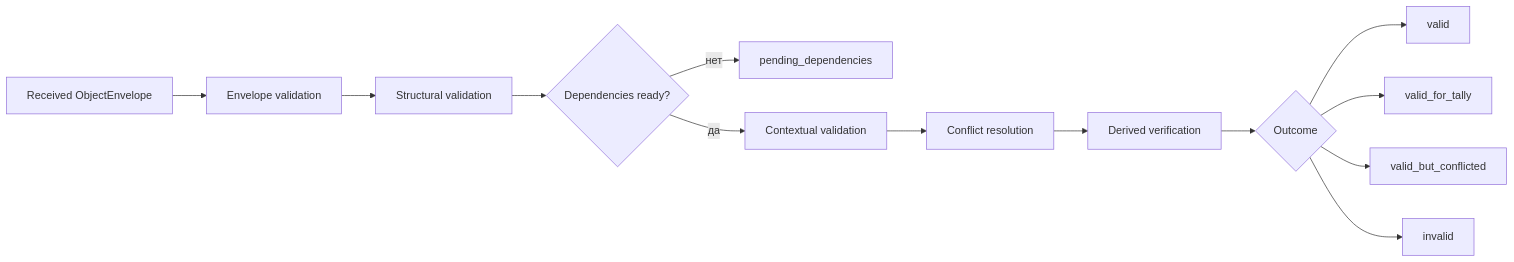
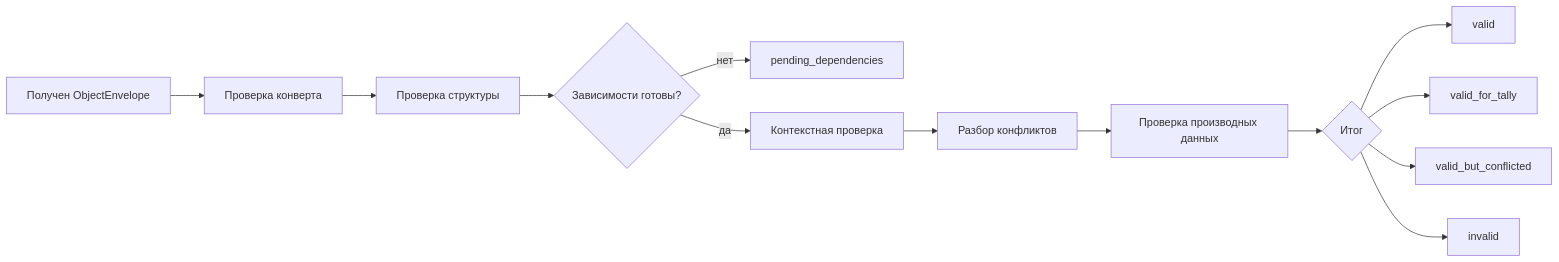
The tenth of 17 diagrams in librevote-presentation-ru.md (arshtanko/librevote), drawn with Mermaid before and after one commit. The commit also changed other lines of this file, not shown here.

````diff
--- a/librevote-presentation-ru.md
+++ b/librevote-presentation-ru.md
@@ -279,15 +305,15 @@
 ```mermaid
 flowchart LR
-  A[Received ObjectEnvelope] --> B[Envelope validation]
-  B --> C[Structural validation]
-  C --> D{Dependencies ready?}
+  A[Получен ObjectEnvelope] --> B[Проверка конверта]
+  B --> C[Проверка структуры]
+  C --> D{Зависимости готовы?}
   D -- нет --> E[pending_dependencies]
-  D -- да --> F[Contextual validation]
-  F --> G[Conflict resolution]
-  G --> H[Derived verification]
-  H --> I{Outcome}
+  D -- да --> F[Контекстная проверка]
+  F --> G[Разбор конфликтов]
+  G --> H[Проверка производных данных]
+  H --> I{Итог}
   I --> V[valid]
   I --> T[valid_for_tally]
   I --> C2[valid_but_conflicted]
   I --> X[invalid]
 ```
````
